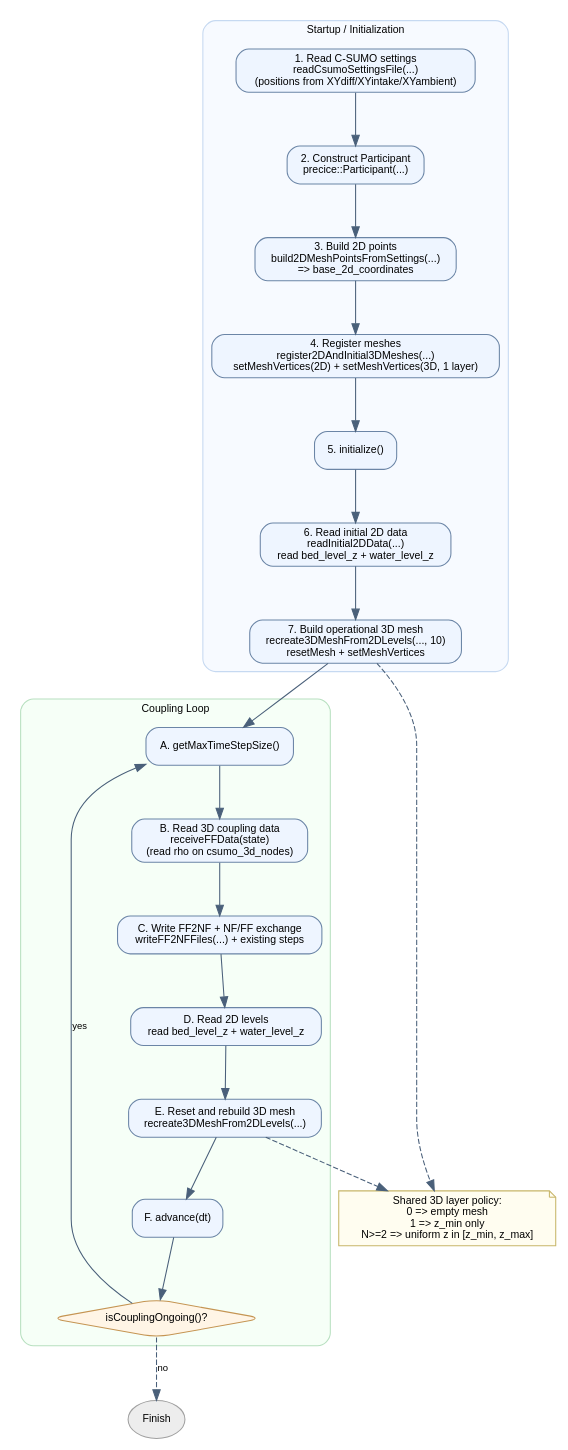
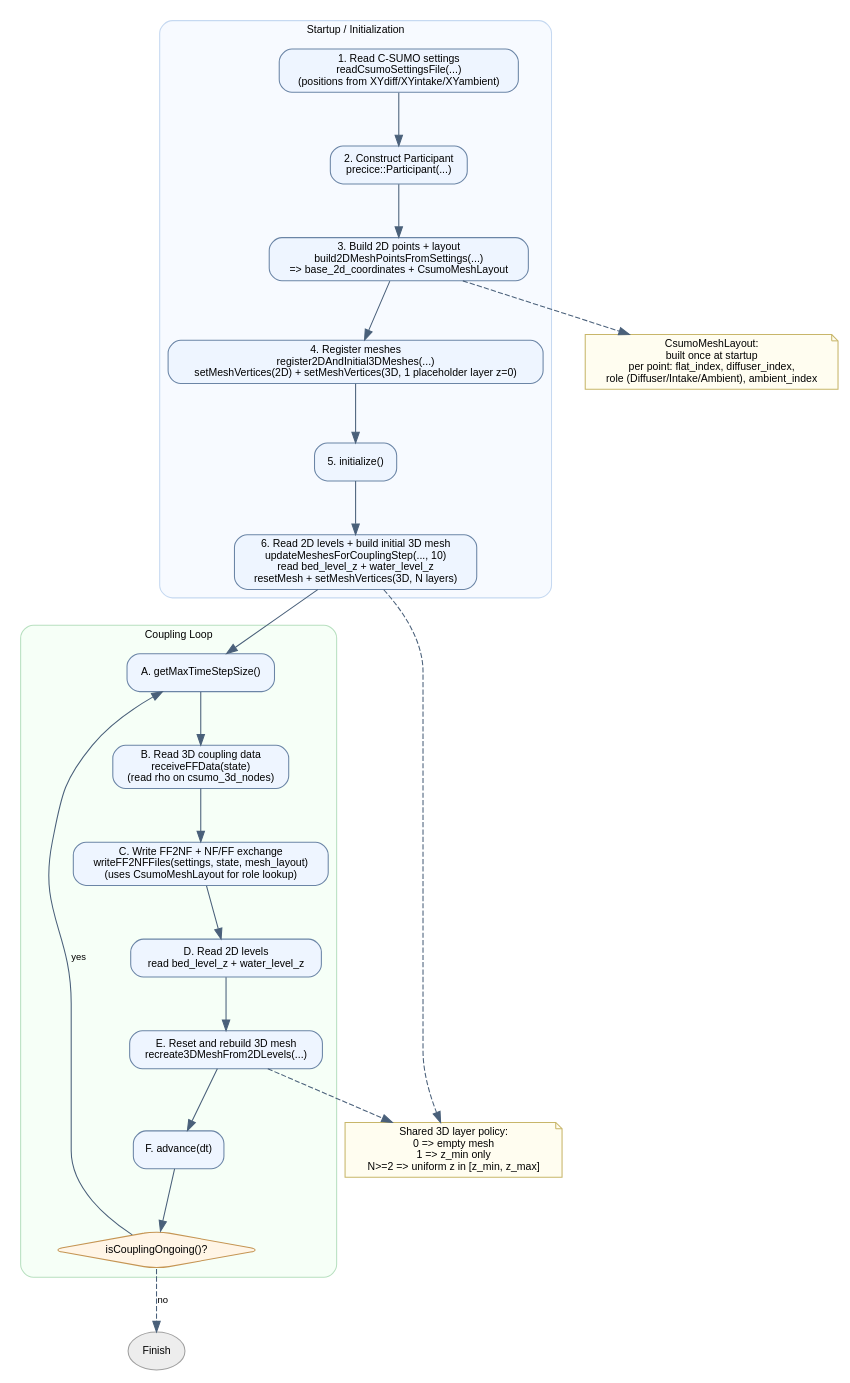
One commit to Deltares/Delft3D changed the diagram in src/tools_gpl/pre_c_sumo/docs/precice_mesh_lifecycle_design.dot. Above: the diagram before and after it, drawn with Graphviz. The commit also changed 8 other files, not shown here.

Commit message:
addeed data structure for point management, updated design docs an ff2nf writer, WIP

```diff
--- a/src/tools_gpl/pre_c_sumo/docs/precice_mesh_lifecycle_design.dot
+++ b/src/tools_gpl/pre_c_sumo/docs/precice_mesh_lifecycle_design.dot
@@ -1,54 +1,55 @@
 digraph PreCSumoPreCiceMeshLifecycle {
   rankdir=TB;
   splines=true;
   nodesep=0.55;
   ranksep=0.7;
   fontname="Helvetica";
   fontsize=10;
 
   node [shape=box, style="rounded,filled", fillcolor="#EEF5FF", color="#6B85A6", fontname="Helvetica", fontsize=10];
   edge [fontname="Helvetica", fontsize=9, color="#4A607A"];
 
   subgraph cluster_setup {
     label="Startup / Initialization";
     style="rounded,filled";
     color="#C6D9F1";
     fillcolor="#F7FAFF";
 
     s1 [label="1. Read C-SUMO settings\nreadCsumoSettingsFile(...)\n(positions from XYdiff/XYintake/XYambient)"];
     s2 [label="2. Construct Participant\nprecice::Participant(...) "];
-    s3 [label="3. Build 2D points\nbuild2DMeshPointsFromSettings(...)\n=> base_2d_coordinates"];
-    s4 [label="4. Register meshes\nregister2DAndInitial3DMeshes(...)\nsetMeshVertices(2D) + setMeshVertices(3D, 1 layer)"];
+    s3 [label="3. Build 2D points + layout\nbuild2DMeshPointsFromSettings(...)\n=> base_2d_coordinates + CsumoMeshLayout"];
+    s4 [label="4. Register meshes\nregister2DAndInitial3DMeshes(...)\nsetMeshVertices(2D) + setMeshVertices(3D, 1 placeholder layer z=0)"];
     s6 [label="5. initialize()"];
-    s7 [label="6. Read initial 2D data\nreadInitial2DData(...)\nread bed_level_z + water_level_z"];
-    s8 [label="7. Build operational 3D mesh\nrecreate3DMeshFrom2DLevels(..., 10)\nresetMesh + setMeshVertices"];
+    s7 [label="6. Read 2D levels + build initial 3D mesh\nupdateMeshesForCouplingStep(..., 10)\nread bed_level_z + water_level_z\nresetMesh + setMeshVertices(3D, N layers)"];
 
-    s1 -> s2 -> s3 -> s4 -> s6 -> s7 -> s8;
+    s1 -> s2 -> s3 -> s4 -> s6 -> s7;
   }
 
   subgraph cluster_loop {
     label="Coupling Loop";
     style="rounded,filled";
     color="#B8E0C0";
     fillcolor="#F6FFF7";
 
     l1 [label="A. getMaxTimeStepSize()"];
     l2 [label="B. Read 3D coupling data\nreceiveFFData(state)\n(read rho on csumo_3d_nodes)"];
-    l3 [label="C. Write FF2NF + NF/FF exchange\nwriteFF2NFFiles(...) + existing steps"];
+    l3 [label="C. Write FF2NF + NF/FF exchange\nwriteFF2NFFiles(settings, state, mesh_layout)\n(uses CsumoMeshLayout for role lookup)"];
     l4 [label="D. Read 2D levels\nread bed_level_z + water_level_z"];
     l5a [label="E. Reset and rebuild 3D mesh\nrecreate3DMeshFrom2DLevels(...)"];
     l6 [label="F. advance(dt)"];
     l5 [label="isCouplingOngoing()?", shape=diamond, fillcolor="#FFF5E6", color="#C59553"];
 
     l1 -> l2 -> l3 -> l4 -> l5a -> l6 -> l5;
     l5 -> l1 [label="yes"];
   }
 
-  s8 -> l1;
+  s7 -> l1;
   l5 -> end [label="no", style=dashed];
   end [label="Finish", shape=oval, fillcolor="#EDEDED", color="#A0A0A0"];
 
   layers [shape=note, fillcolor="#FFFDF0", color="#C8B66A", label="Shared 3D layer policy:\n0 => empty mesh\n1 => z_min only\nN>=2 => uniform z in [z_min, z_max]"];
-  s8 -> layers [style=dashed];
+  layout_note [shape=note, fillcolor="#FFFDF0", color="#C8B66A", label="CsumoMeshLayout:\nbuilt once at startup\nper point: flat_index, diffuser_index,\nrole (Diffuser/Intake/Ambient), ambient_index"];
+  s7 -> layers [style=dashed];
   l5a -> layers [style=dashed];
+  s3 -> layout_note [style=dashed];
 }
```
